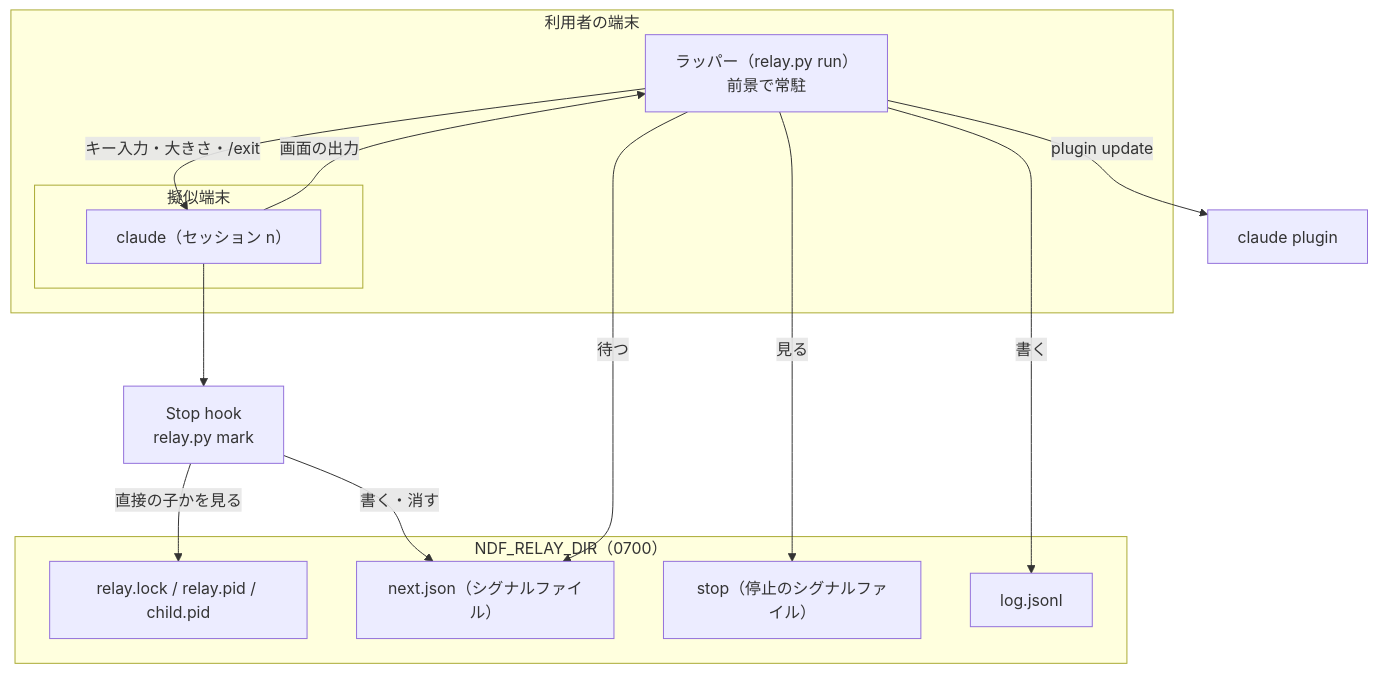
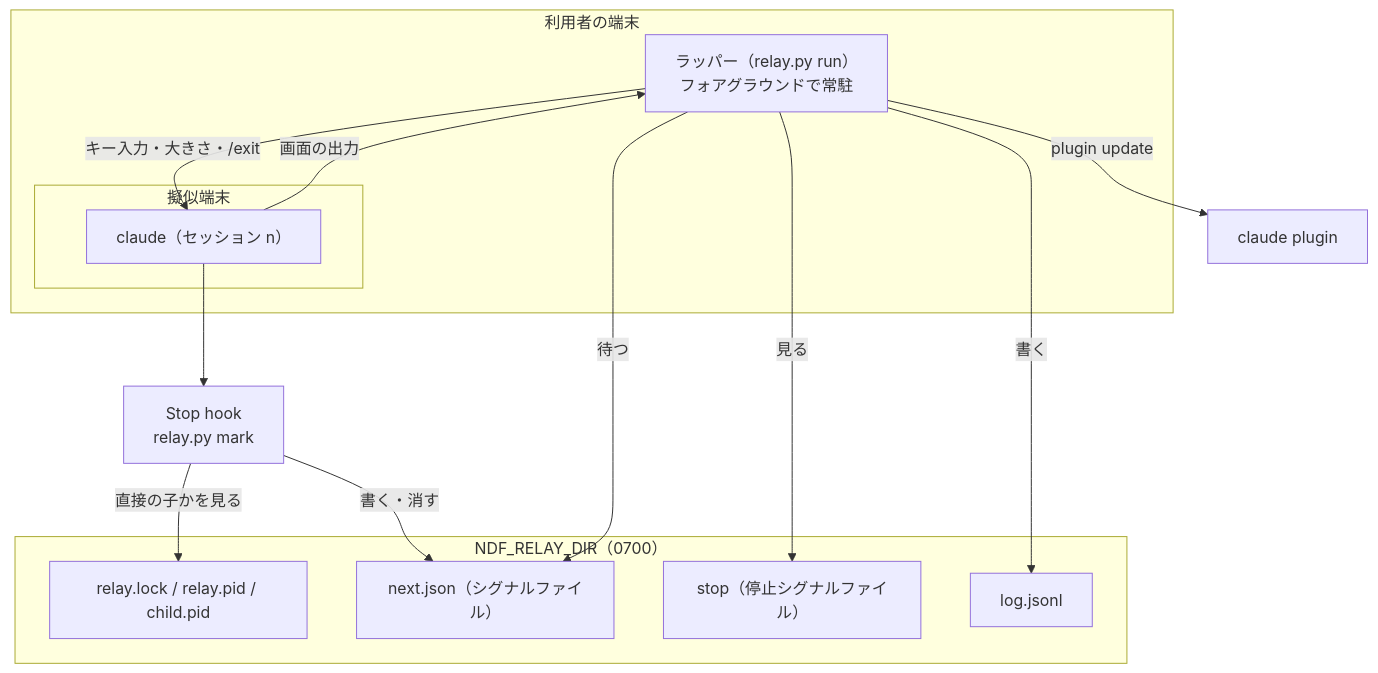
The first of 2 diagrams in docs/specifications/ndf-relay-segment-restart.md (devbasex/ai-plugins), drawn with Mermaid before and after one commit. The commit also changed other lines of this file, not shown here.

````diff
--- a/docs/specifications/ndf-relay-segment-restart.md
+++ b/docs/specifications/ndf-relay-segment-restart.md
@@ -74,25 +74,25 @@
 ```mermaid
 graph TB
     subgraph term["利用者の端末"]
-        R["ラッパー（relay.py run）<br/>前景で常駐"]
+        R["ラッパー（relay.py run）<br/>フォアグラウンドで常駐"]
         subgraph pty["擬似端末"]
             C["claude（セッション n）"]
         end
     end
     H["Stop hook<br/>relay.py mark"]
     subgraph state["NDF_RELAY_DIR（0700）"]
         P[relay.lock / relay.pid / child.pid]
         M["next.json（シグナルファイル）"]
-        S["stop（停止のシグナルファイル）"]
+        S["stop（停止シグナルファイル）"]
         L[log.jsonl]
     end
     R -->|キー入力・大きさ・/exit| C
     C -->|画面の出力| R
     C --> H
     H -->|書く・消す| M
     H -->|直接の子かを見る| P
     R -->|待つ| M
     R -->|見る| S
     R -->|書く| L
     R -->|plugin update| CP[claude plugin]
 ```
````
